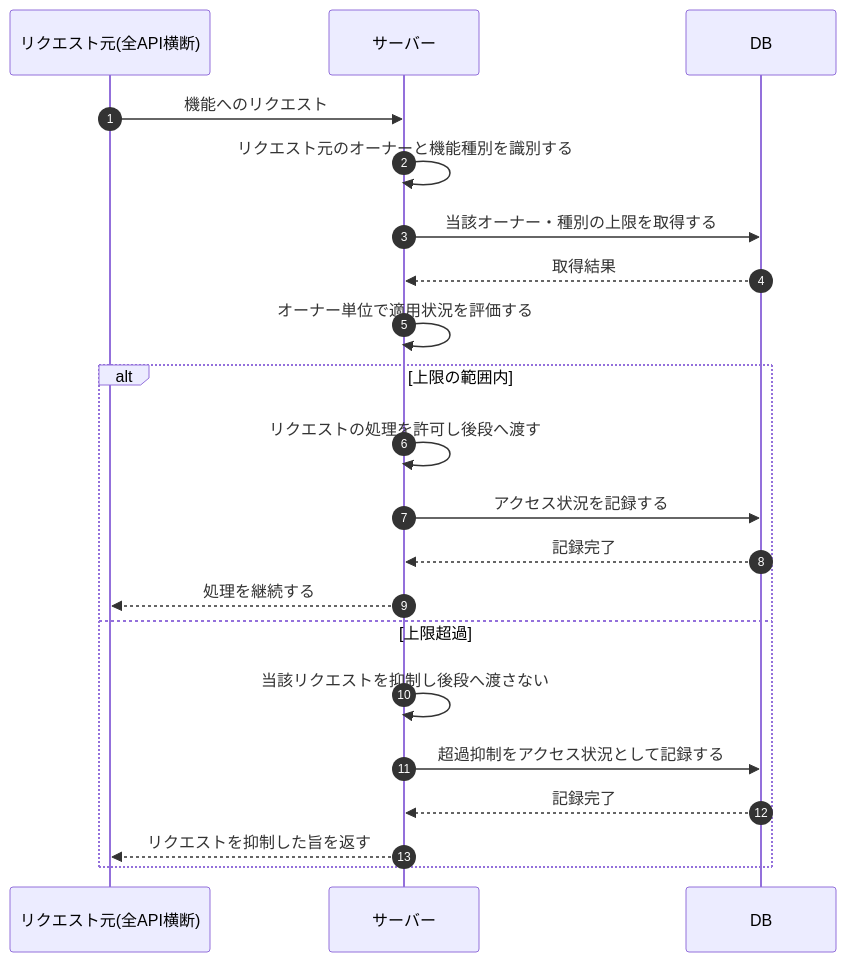
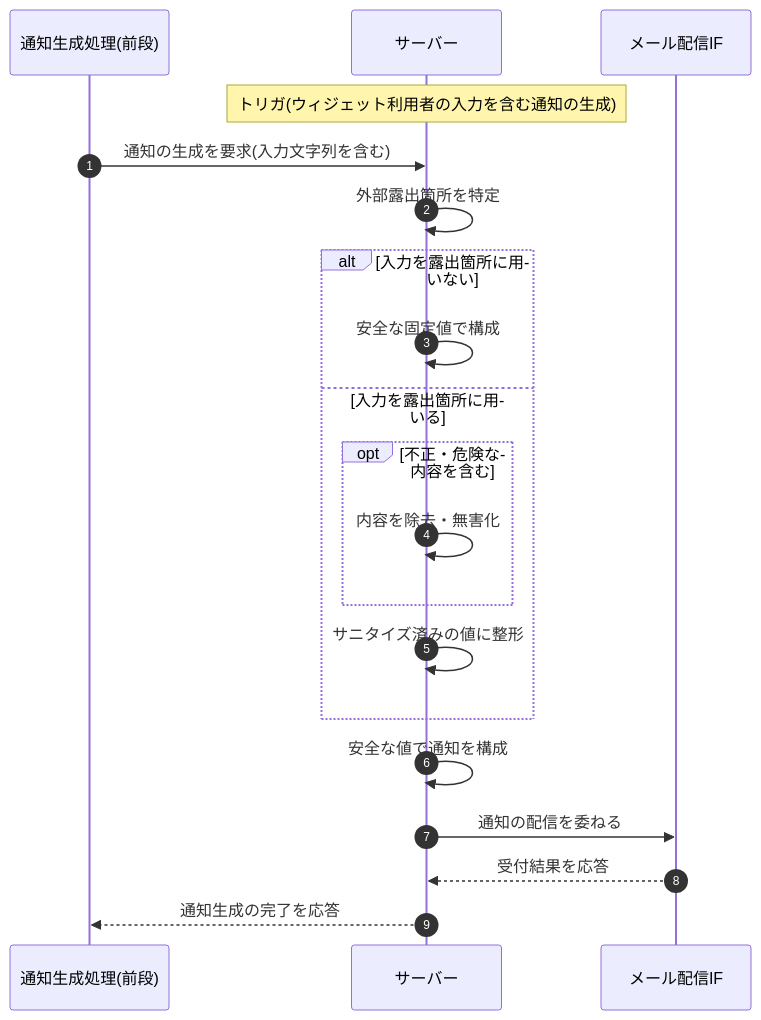
The diagram in 02_basic_design/03_sequences/SEQ-113.md (sikakou54/open-faq), drawn with Mermaid before and after one commit. The commit also changed other lines of this file and 99 other files, not shown here.

````diff
--- a/02_basic_design/03_sequences/SEQ-113.md
+++ b/02_basic_design/03_sequences/SEQ-113.md
@@ -25,23 +25,22 @@
 ```mermaid
 sequenceDiagram
   autonumber
-  participant Caller as リクエスト元(全API横断)
+  participant T as 通知生成処理(前段)
   participant Server as サーバー
-  participant DB as DB
-  Caller->>Server: 機能へのリクエスト
-  Server->>Server: リクエスト元のオーナーと機能種別を識別する
-  Server->>DB: 当該オーナー・種別の上限を取得する
-  DB-->>Server: 取得結果
-  Server->>Server: オーナー単位で適用状況を評価する
-  alt 上限の範囲内
-    Server->>Server: リクエストの処理を許可し後段へ渡す
-    Server->>DB: アクセス状況を記録する
-    DB-->>Server: 記録完了
-    Server-->>Caller: 処理を継続する
-  else 上限超過
-    Server->>Server: 当該リクエストを抑制し後段へ渡さない
-    Server->>DB: 超過抑制をアクセス状況として記録する
-    DB-->>Server: 記録完了
-    Server-->>Caller: リクエストを抑制した旨を返す
+  participant API as メール配信IF
+  Note over Server: トリガ(ウィジェット利用者の入力を含む通知の生成)
+  T->>Server: 通知の生成を要求(入力文字列を含む)
+  Server->>Server: 外部露出箇所を特定
+  alt 入力を露出箇所に用いない
+    Server->>Server: 安全な固定値で構成
+  else 入力を露出箇所に用いる
+    opt 不正・危険な内容を含む
+      Server->>Server: 内容を除去・無害化
+    end
+    Server->>Server: サニタイズ済みの値に整形
   end
+  Server->>Server: 安全な値で通知を構成
+  Server->>API: 通知の配信を委ねる
+  API-->>Server: 受付結果を応答
+  Server-->>T: 通知生成の完了を応答
 ```
````
